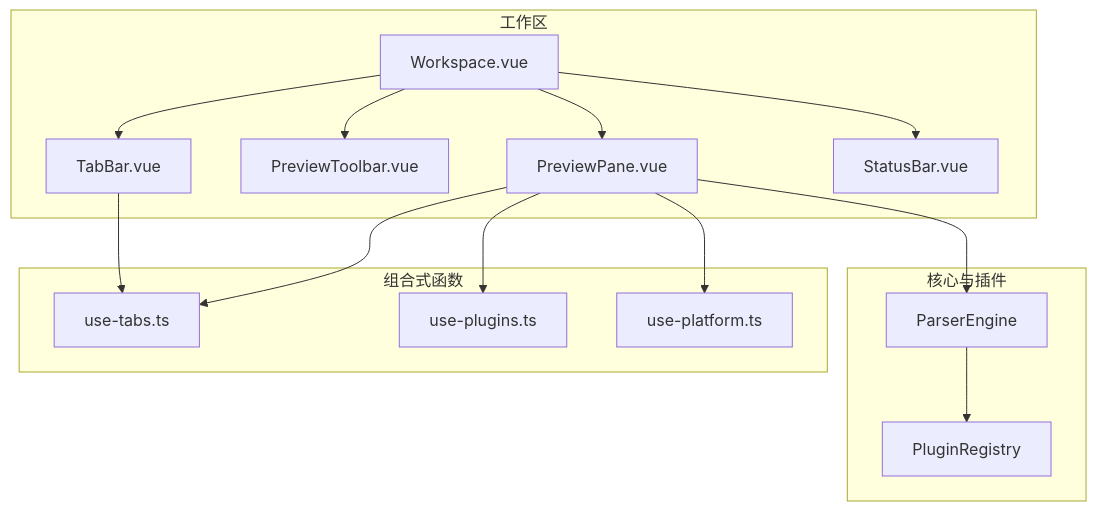
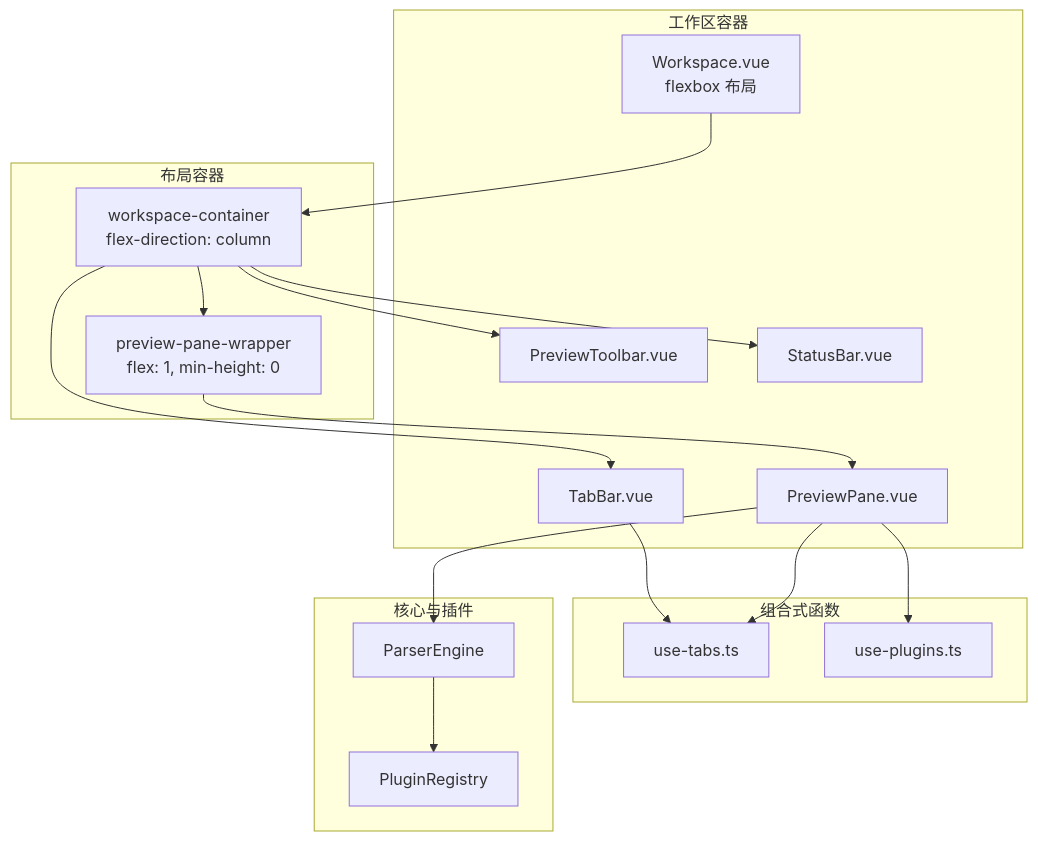
The first of 4 diagrams in .qoder/repowiki/zh/content/架构设计/组件层次结构/工作区组件/主工作区组件.md (taoweidong/Hello-Tauri), drawn with Mermaid before and after one commit. The commit also changed other lines of this file and 14 other files, not shown here.

````diff
--- a/.qoder/repowiki/zh/content/架构设计/组件层次结构/工作区组件/主工作区组件.md
+++ b/.qoder/repowiki/zh/content/架构设计/组件层次结构/工作区组件/主工作区组件.md
@@ -36,29 +44,33 @@
 ```mermaid
 graph TB
-subgraph "工作区"
-W["Workspace.vue"]
-T["TabBar.vue"]
+subgraph "工作区容器"
+W["Workspace.vue<br/>flexbox 布局"]
+TB["TabBar.vue"]
 PT["PreviewToolbar.vue"]
 PP["PreviewPane.vue"]
 SB["StatusBar.vue"]
 end
+subgraph "布局容器"
+WC["workspace-container<br/>flex-direction: column"]
+PW["preview-pane-wrapper<br/>flex: 1, min-height: 0"]
+end
 subgraph "组合式函数"
 UT["use-tabs.ts"]
 UP["use-plugins.ts"]
-UPL["use-platform.ts"]
 end
 subgraph "核心与插件"
 PE["ParserEngine"]
 REG["PluginRegistry"]
 end
-W --> T
-W --> PT
-W --> PP
-W --> SB
-T --> UT
+W --> WC
+WC --> TB
+WC --> PT
+WC --> PW
+PW --> PP
+WC --> SB
+TB --> UT
 PP --> UT
 PP --> UP
-PP --> UPL
 PP --> PE
 PE --> REG
 ```
````
